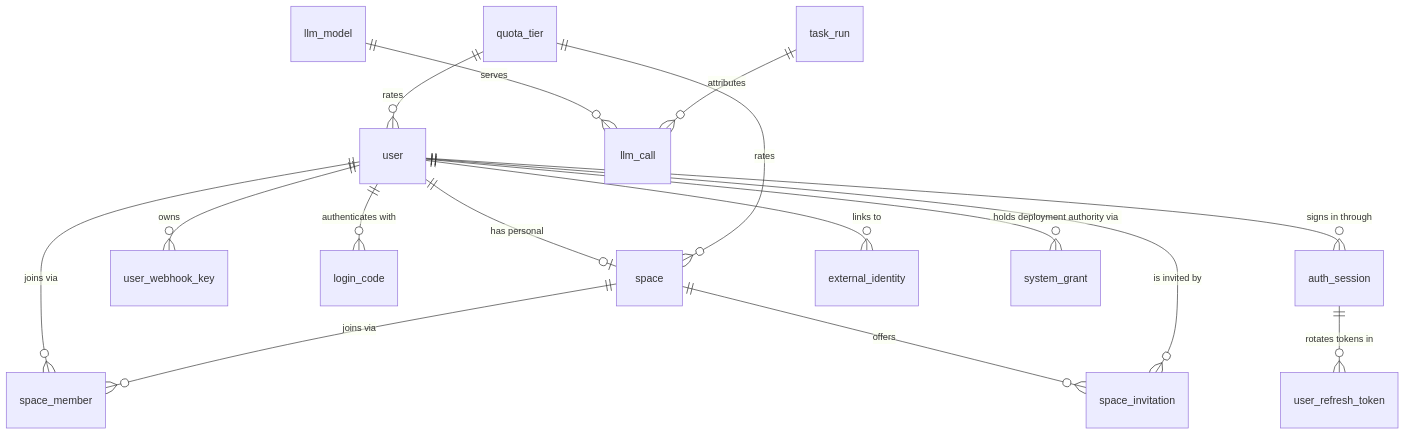
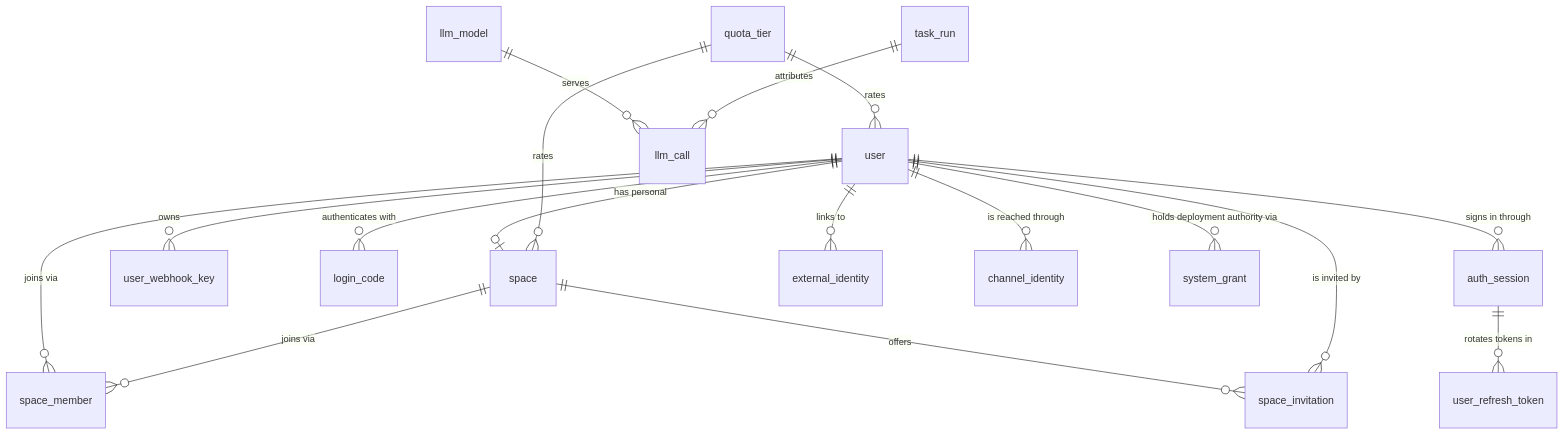
The second of 2 diagrams in docs/contribute/architecture/data-model.md (icloudbb/buildmax), drawn with Mermaid before and after one commit. The commit also changed other lines of this file and 19 other files, not shown here.

````diff
--- a/docs/contribute/architecture/data-model.md
+++ b/docs/contribute/architecture/data-model.md
@@ -144,18 +144,19 @@
 ```mermaid
 erDiagram
     user ||--o{ space_member : "joins via"
     space ||--o{ space_member : "joins via"
     user ||--o| space : "has personal"
     space ||--o{ space_invitation : offers
     user ||--o{ space_invitation : "is invited by"
     quota_tier ||--o{ user : rates
     quota_tier ||--o{ space : rates
     user ||--o{ user_webhook_key : owns
     user ||--o{ login_code : "authenticates with"
     user ||--o{ auth_session : "signs in through"
     user ||--o{ external_identity : "links to"
+    user ||--o{ channel_identity : "is reached through"
     auth_session ||--o{ user_refresh_token : "rotates tokens in"
     user ||--o{ system_grant : "holds deployment authority via"
     llm_model ||--o{ llm_call : serves
     task_run ||--o{ llm_call : attributes
 ```
````
